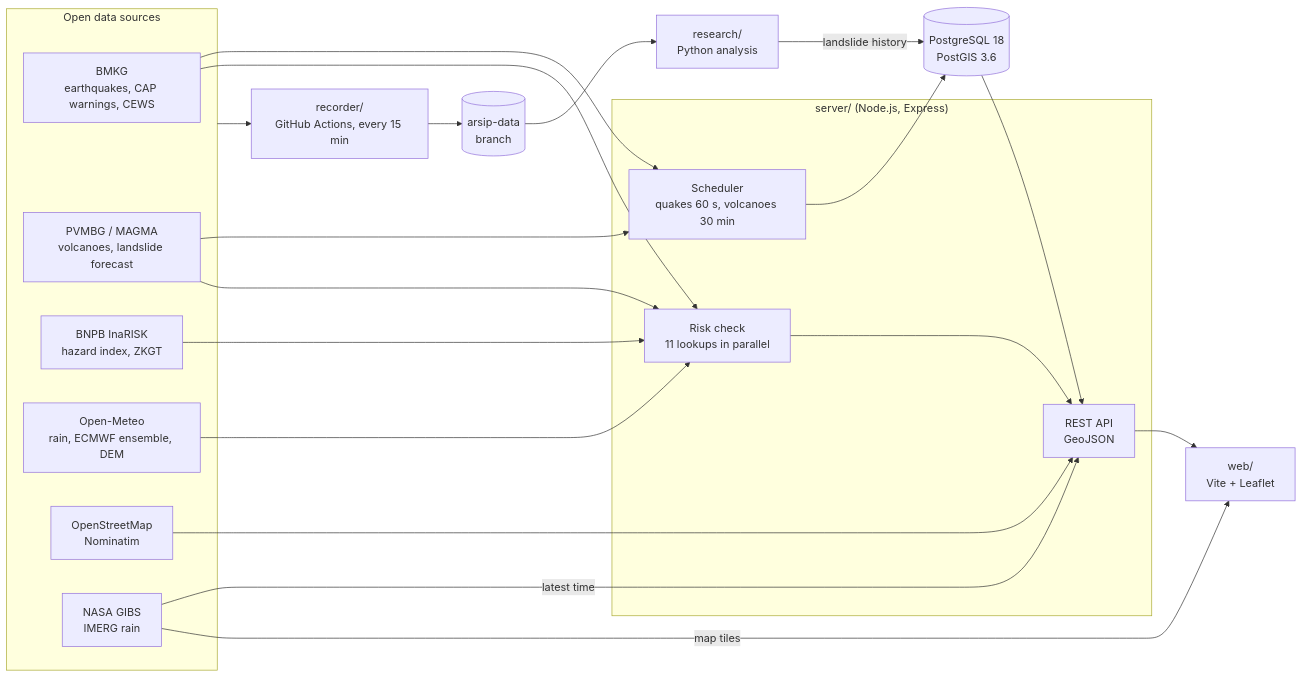
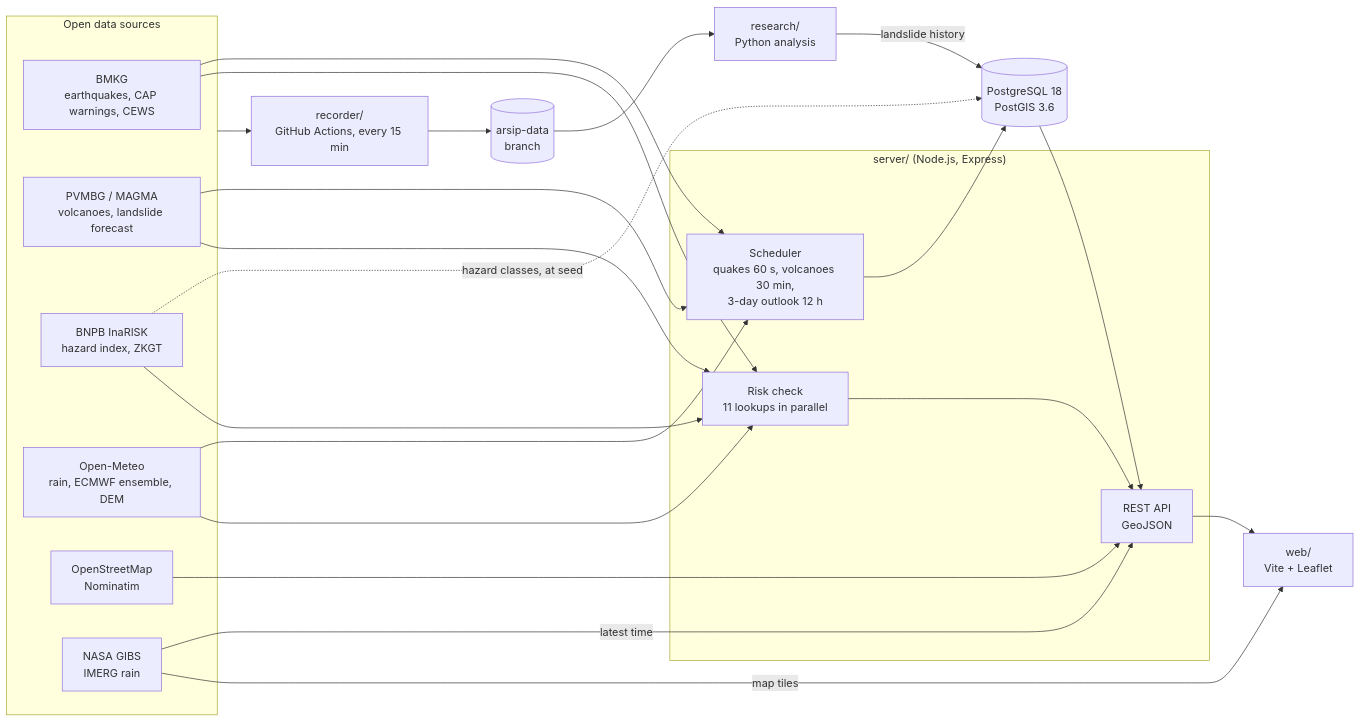
One commit to Bintangilham10/webgis-bencana-alam changed the first of 2 diagrams in README.md. Above: the diagram before and after it, drawn with Mermaid. The commit also changed other lines of this file and 7 other files, not shown here.

First line of the commit message:
docs: README for the SIGAP 3-day outlook

````diff
--- a/README.md
+++ b/README.md
@@ -116,41 +137,43 @@
 ```mermaid
 flowchart LR
   subgraph sources["Open data sources"]
     BMKG["BMKG<br/>earthquakes, CAP warnings, CEWS"]
     ESDM["PVMBG / MAGMA<br/>volcanoes, landslide forecast"]
     BNPB["BNPB InaRISK<br/>hazard index, ZKGT"]
     OM["Open-Meteo<br/>rain, ECMWF ensemble, DEM"]
     OSMN["OpenStreetMap<br/>Nominatim"]
     NASA["NASA GIBS<br/>IMERG rain"]
   end
 
   subgraph server["server/ (Node.js, Express)"]
-    SYNC["Scheduler<br/>quakes 60 s, volcanoes 30 min"]
+    SYNC["Scheduler<br/>quakes 60 s, volcanoes 30 min,<br/>3-day outlook 12 h"]
     API["REST API<br/>GeoJSON"]
     RISK["Risk check<br/>11 lookups in parallel"]
   end
 
   DB[("PostgreSQL 18<br/>PostGIS 3.6")]
   WEB["web/<br/>Vite + Leaflet"]
   REC["recorder/<br/>GitHub Actions, every 15 min"]
   ARCH[("arsip-data<br/>branch")]
   RES["research/<br/>Python analysis"]
 
   BMKG --> SYNC
   ESDM --> SYNC
+  OM --> SYNC
+  BNPB -. hazard classes, at seed .-> DB
   SYNC --> DB
   DB --> API
   BNPB --> RISK
   OM --> RISK
   ESDM --> RISK
   BMKG --> RISK
   RISK --> API
   OSMN --> API
   NASA -->|latest time| API
   NASA -->|map tiles| WEB
   API --> WEB
   sources --> REC
   REC --> ARCH
   ARCH --> RES
   RES -->|landslide history| DB
 ```
````
